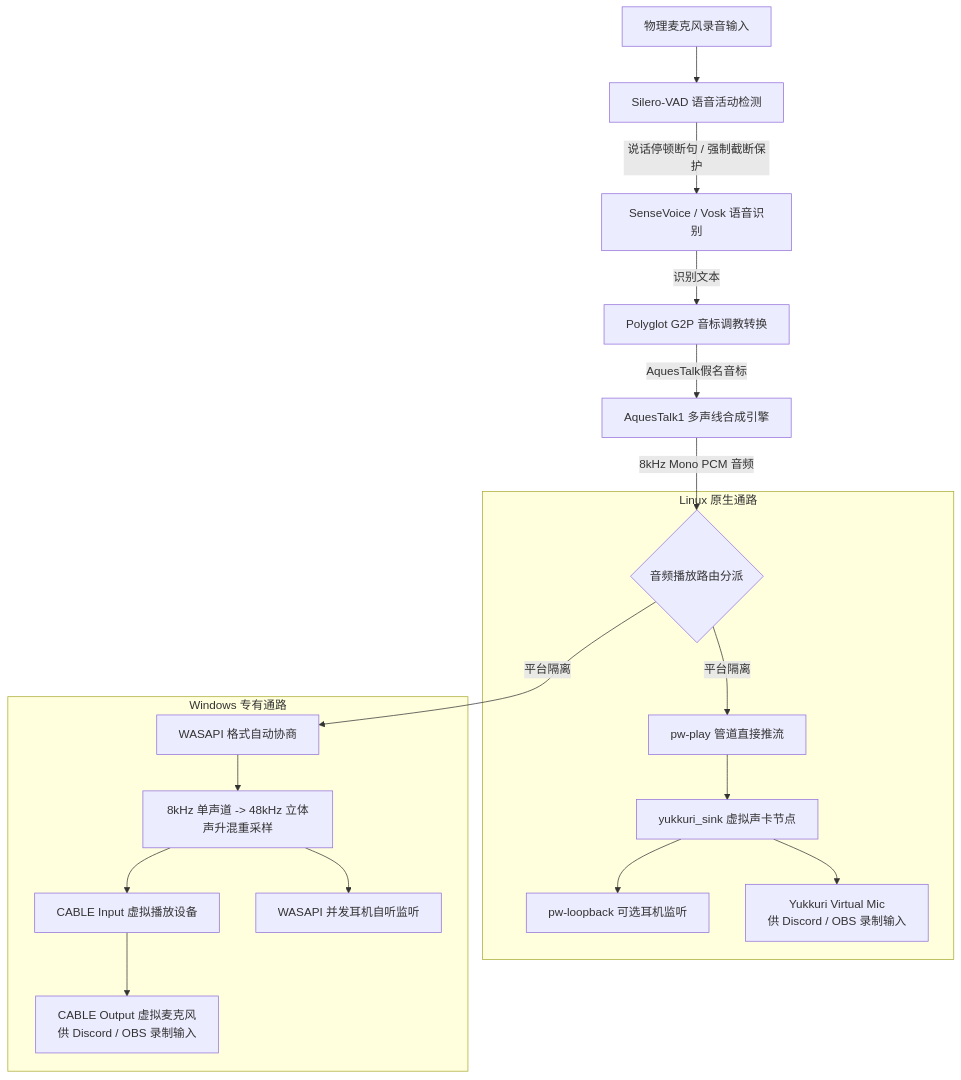
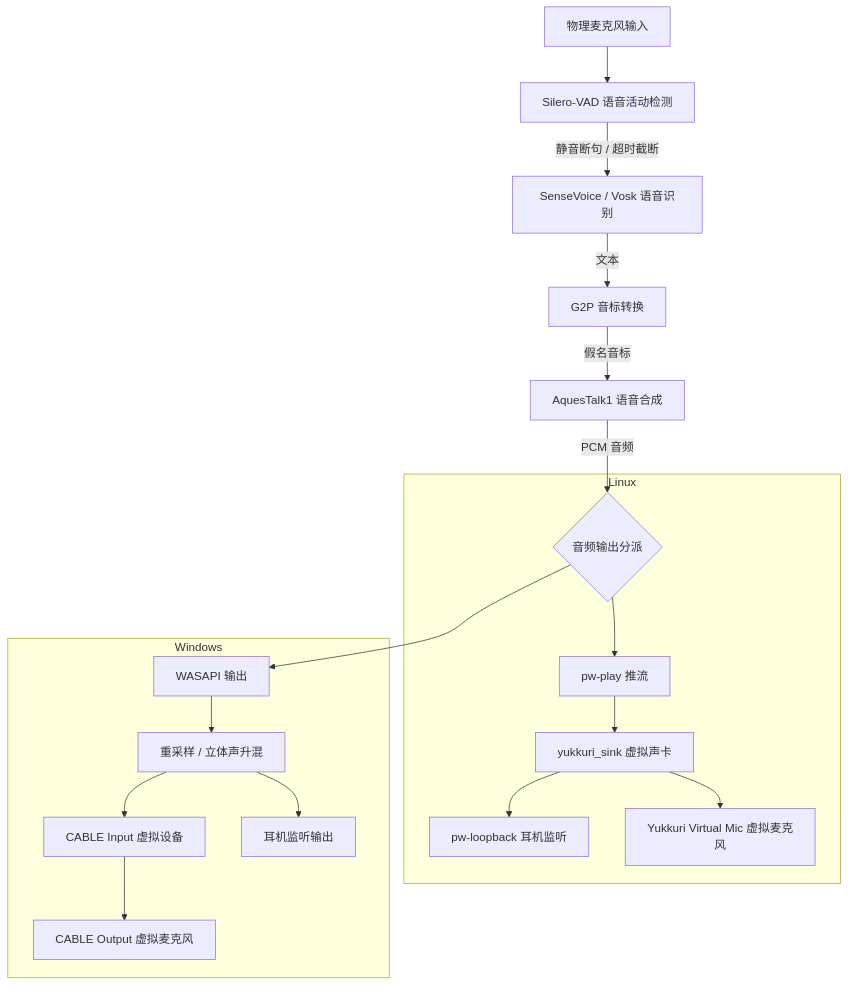
One commit to 2onic/yukkuri_app changed the diagram in README.md. Above: the diagram before and after it, drawn with Mermaid. The commit also changed other lines of this file and 3 other files, not shown here.

````diff
--- a/README.md
+++ b/README.md
@@ -42,23 +40,23 @@
 ```mermaid
 flowchart TD
-    Mic[物理麦克风录音输入] --> VAD[Silero-VAD 语音活动检测]
-    VAD -->|说话停顿断句 / 强制截断保护| ASR[SenseVoice / Vosk 语音识别]
-    ASR -->|识别文本| G2P[Polyglot G2P 音标调教转换]
-    G2P -->|AquesTalk假名音标| TTS[AquesTalk1 多声线合成引擎]
-    TTS -->|8kHz Mono PCM 音频| Router{音频播放路由分派}
+    Mic[物理麦克风输入] --> VAD[Silero-VAD 语音活动检测]
+    VAD -->|静音断句 / 超时截断| ASR[SenseVoice / Vosk 语音识别]
+    ASR -->|文本| G2P[G2P 音标转换]
+    G2P -->|假名音标| TTS[AquesTalk1 语音合成]
+    TTS -->|PCM 音频| Router{音频输出分派}
 
-    subgraph Linux [Linux 原生通路]
-        Router -->|平台隔离| PW[pw-play 管道直接推流]
-        PW --> Sink[yukkuri_sink 虚拟声卡节点]
-        Sink --> LoopbackLnx[pw-loopback 可选耳机监听]
-        Sink --> VSource[Yukkuri Virtual Mic<br>供 Discord / OBS 录制输入]
+    subgraph Linux [Linux]
+        Router --> PW[pw-play 推流]
+        PW --> Sink[yukkuri_sink 虚拟声卡]
+        Sink --> LoopbackLnx[pw-loopback 耳机监听]
+        Sink --> VSource[Yukkuri Virtual Mic 虚拟麦克风]
     end
 
-    subgraph Windows [Windows 专有通路]
-        Router -->|平台隔离| WASAPI[WASAPI 格式自动协商]
-        WASAPI --> Resample[8kHz 单声道 -> 48kHz 立体声升混重采样]
-        Resample --> CableIn[CABLE Input 虚拟播放设备]
-        Resample --> MonitorWin[WASAPI 并发耳机自听监听]
-        CableIn --> CableOut[CABLE Output 虚拟麦克风<br>供 Discord / OBS 录制输入]
+    subgraph Windows [Windows]
+        Router --> WASAPI[WASAPI 输出]
+        WASAPI --> Resample[重采样 / 立体声升混]
+        Resample --> CableIn[CABLE Input 虚拟设备]
+        Resample --> MonitorWin[耳机监听输出]
+        CableIn --> CableOut[CABLE Output 虚拟麦克风]
     end
 ```
````
